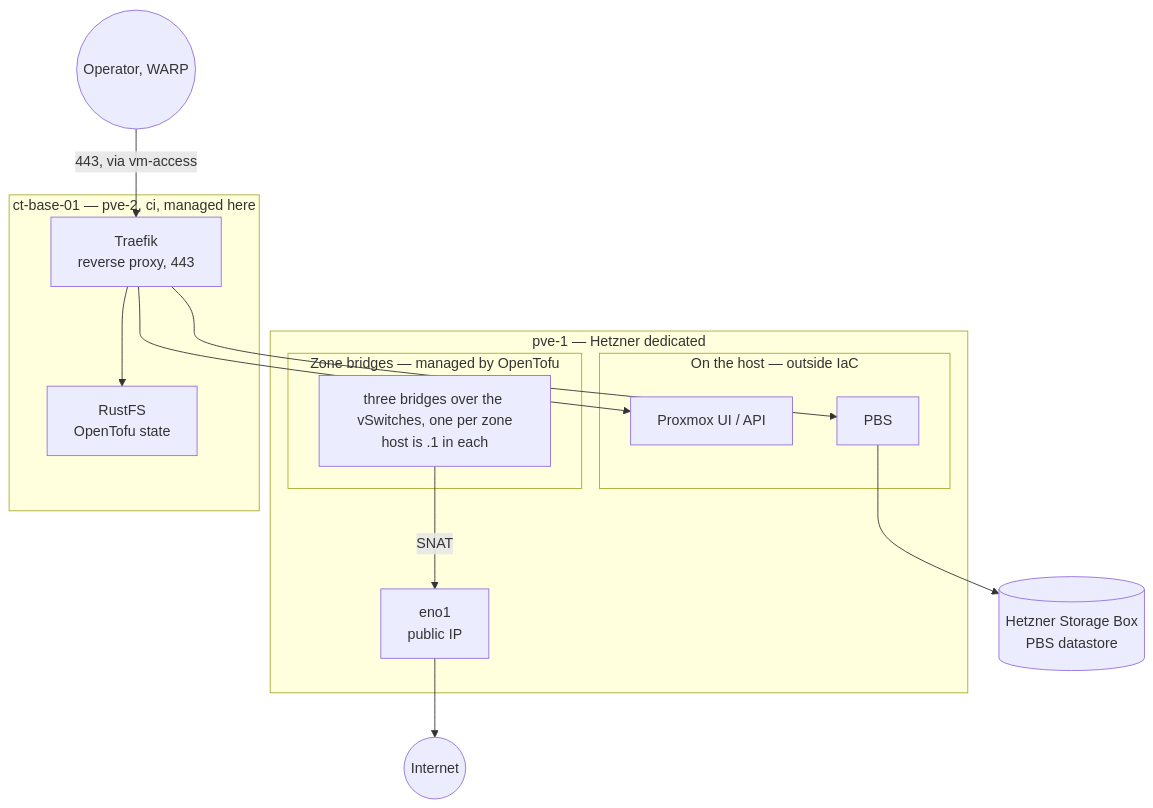
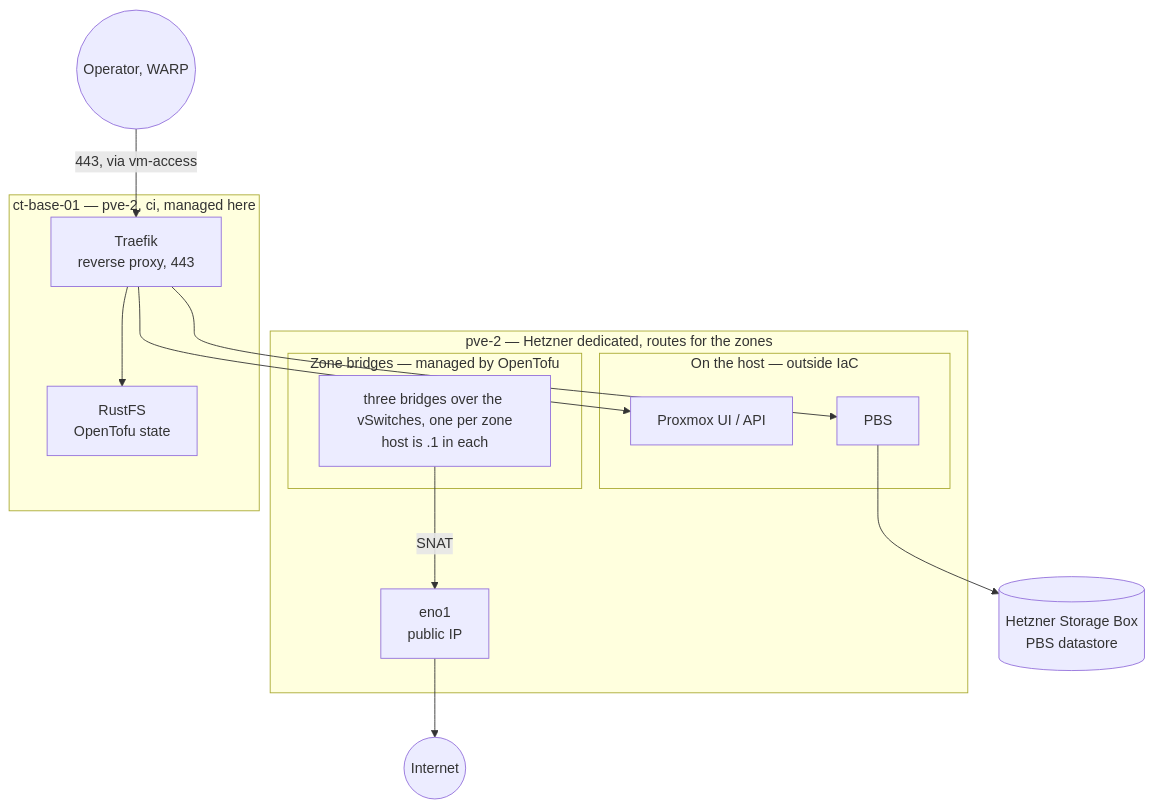
Before and after one commit to 0xc0-labs/infrastructure: the first of 7 diagrams in docs/architecture.md, drawn with Mermaid. The commit also changed other lines of this file and 6 other files, not shown here.

````diff
--- a/docs/architecture.md
+++ b/docs/architecture.md
@@ -49,31 +52,31 @@
 ```mermaid
 flowchart TB
   internet(("Internet"))
 
-  subgraph host["pve-1 — Hetzner dedicated"]
+  subgraph host["pve-2 — Hetzner dedicated, routes for the zones"]
     eno1["eno1<br/>public IP"]
 
     subgraph base["On the host — outside IaC"]
       pveui["Proxmox UI / API"]
       pbs["PBS"]
     end
 
     subgraph bridges["Zone bridges — managed by OpenTofu"]
       zones["three bridges over the vSwitches, one per zone<br/>host is .1 in each"]
     end
   end
 
   subgraph ctbase["ct-base-01 — pve-2, ci, managed here"]
     traefik["Traefik<br/>reverse proxy, 443"]
     rustfs["RustFS<br/>OpenTofu state"]
   end
 
   sbox[("Hetzner Storage Box<br/>PBS datastore")]
 
   operator(("Operator, WARP")) -- "443, via vm-access" --> traefik
   traefik --> pveui
   traefik --> pbs
   traefik --> rustfs
   pbs --> sbox
   zones -- "SNAT" --> eno1 --> internet
 ```
````
